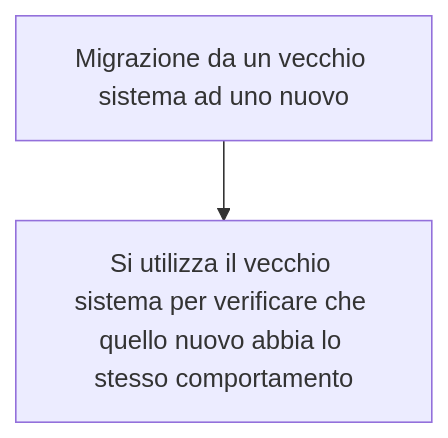
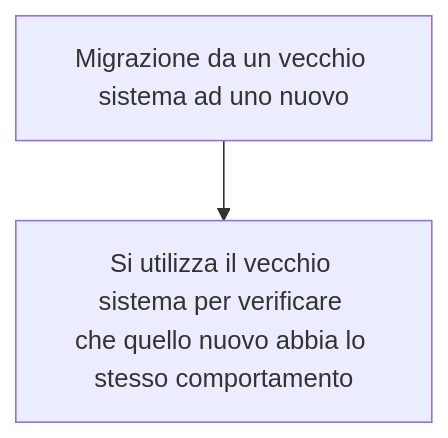
The diagram in Unit Testing.md (SerpenTaki/MTSSnotesUnipd), drawn with Mermaid before and after one commit. The commit also changed other lines of this file and 12 other files, not shown here.

````diff
--- a/Unit Testing.md
+++ b/Unit Testing.md
@@ -99,4 +102,4 @@
 ```mermaid
 flowchart TD
-A[Migrazione da un vecchio sistema ad uno nuovo]--> B[Si utilizza il vecchio sistema per verificare che quello nuovo abbia lo stesso comportamento]
+A[Migrazione da un vecchio sistema ad uno nuovo]--> B[Si utilizza il vecchio sistema per verificare <br>che quello nuovo abbia lo stesso comportamento]
 ```
````
